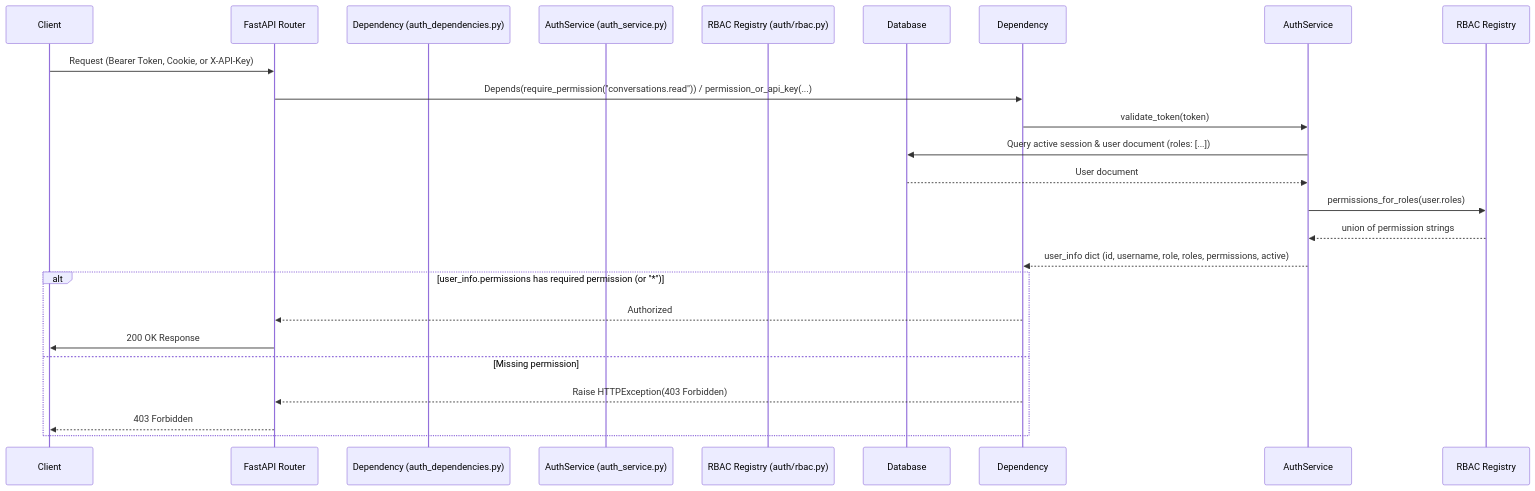
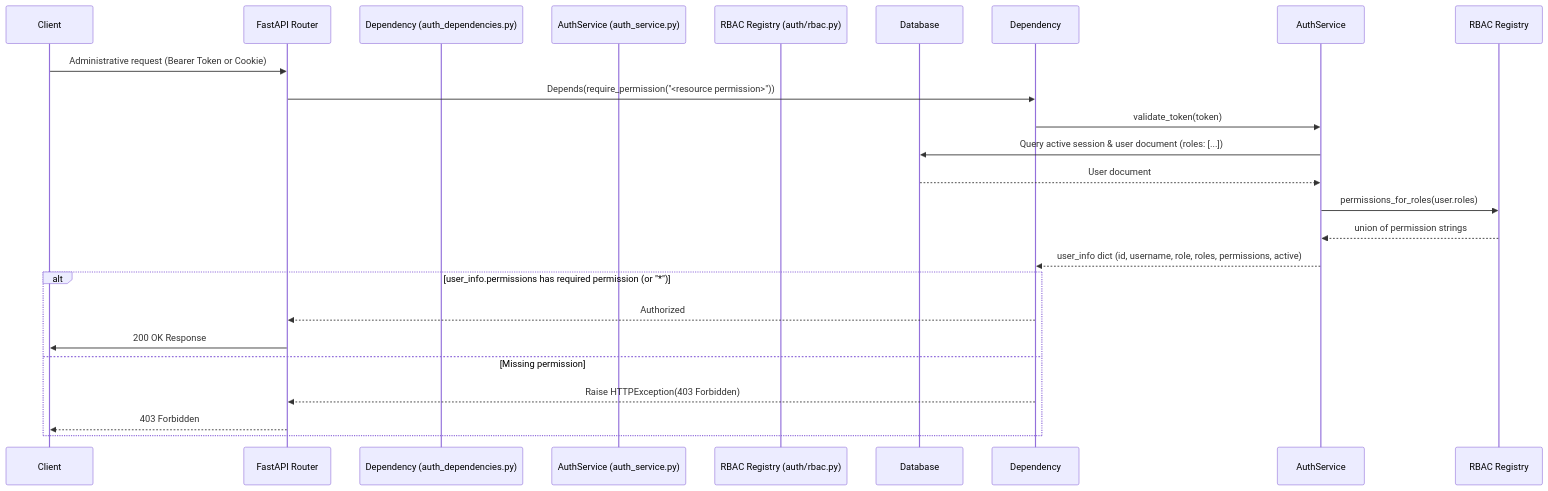
One commit to schmitech/orbit changed the diagram in docs/rbac-architecture.md. Above: the diagram before and after it, drawn with Mermaid. The commit also changed other lines of this file and 14 other files, not shown here.

First line of the commit message:
fix(auth): require bearer RBAC auth (GHSA-6v6x-gmh6-p6r2)

````diff
--- a/docs/rbac-architecture.md
+++ b/docs/rbac-architecture.md
@@ -46,26 +46,26 @@
 ```mermaid
 sequenceDiagram
     participant Client
     participant FastAPI Router
     participant Dependency (auth_dependencies.py)
     participant AuthService (auth_service.py)
     participant RBAC Registry (auth/rbac.py)
     participant Database
 
-    Client->>FastAPI Router: Request (Bearer Token, Cookie, or X-API-Key)
-    FastAPI Router->>Dependency: Depends(require_permission("conversations.read")) / permission_or_api_key(...)
+    Client->>FastAPI Router: Administrative request (Bearer Token or Cookie)
+    FastAPI Router->>Dependency: Depends(require_permission("<resource permission>"))
     Dependency->>AuthService: validate_token(token)
     AuthService->>Database: Query active session & user document (roles: [...])
     Database-->>AuthService: User document
     AuthService->>RBAC Registry: permissions_for_roles(user.roles)
     RBAC Registry-->>AuthService: union of permission strings
     AuthService-->>Dependency: user_info dict (id, username, role, roles, permissions, active)
 
     alt user_info.permissions has required permission (or "*")
         Dependency-->>FastAPI Router: Authorized
         FastAPI Router->>Client: 200 OK Response
     else Missing permission
         Dependency-->>FastAPI Router: Raise HTTPException(403 Forbidden)
         FastAPI Router-->>Client: 403 Forbidden
     end
 ```
````
